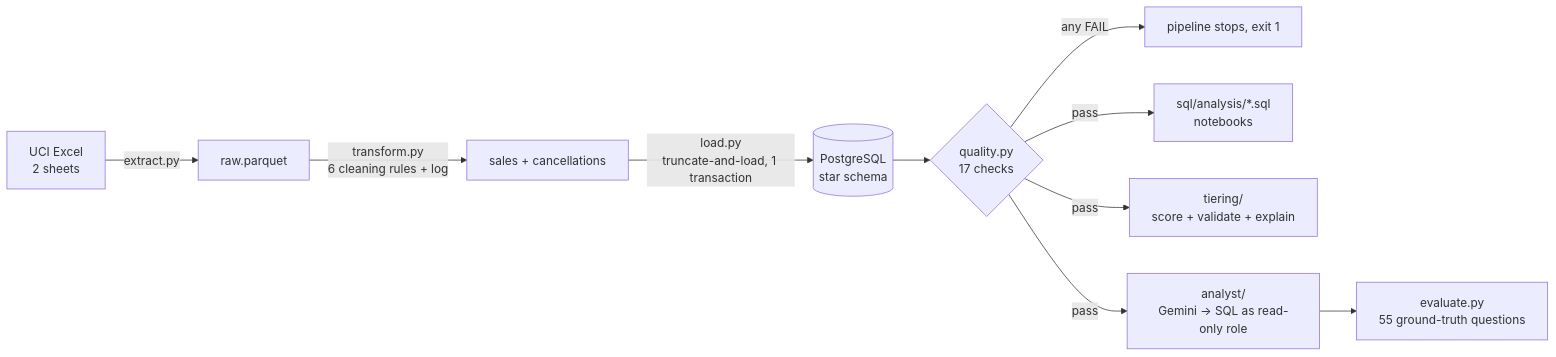
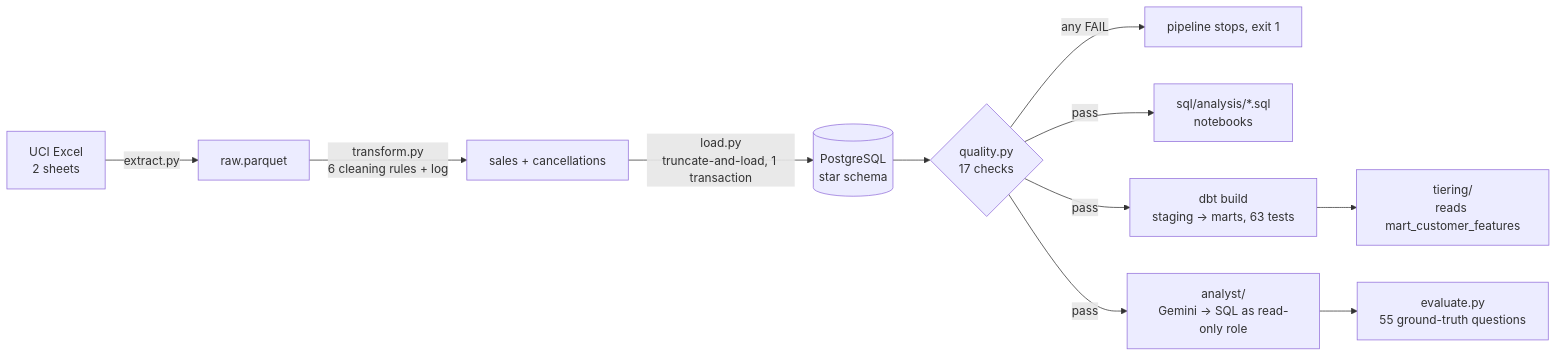
One commit to Raghav-2006/retail-churn-analysis changed the diagram in README.md. Above: the diagram before and after it, drawn with Mermaid. The commit also changed other lines of this file and 35 other files, not shown here.

First line of the commit message:
Phase 5: dbt transformation layer; tiering reads mart_customer_features

````diff
--- a/README.md
+++ b/README.md
@@ -16,12 +16,13 @@
 ```mermaid
 flowchart LR
     A[UCI Excel<br/>2 sheets] -->|extract.py| B[raw.parquet]
     B -->|transform.py<br/>6 cleaning rules + log| C[sales + cancellations]
     C -->|load.py<br/>truncate-and-load, 1 transaction| D[(PostgreSQL<br/>star schema)]
     D --> Q{quality.py<br/>17 checks}
     Q -->|any FAIL| X[pipeline stops, exit 1]
     Q -->|pass| E[sql/analysis/*.sql<br/>notebooks]
-    Q -->|pass| F[tiering/<br/>score + validate + explain]
+    Q -->|pass| T[dbt build<br/>staging -> marts, 63 tests]
+    T --> F[tiering/<br/>reads mart_customer_features]
     Q -->|pass| G[analyst/<br/>Gemini -> SQL as read-only role]
     G --> H[evaluate.py<br/>55 ground-truth questions]
 ```
````
